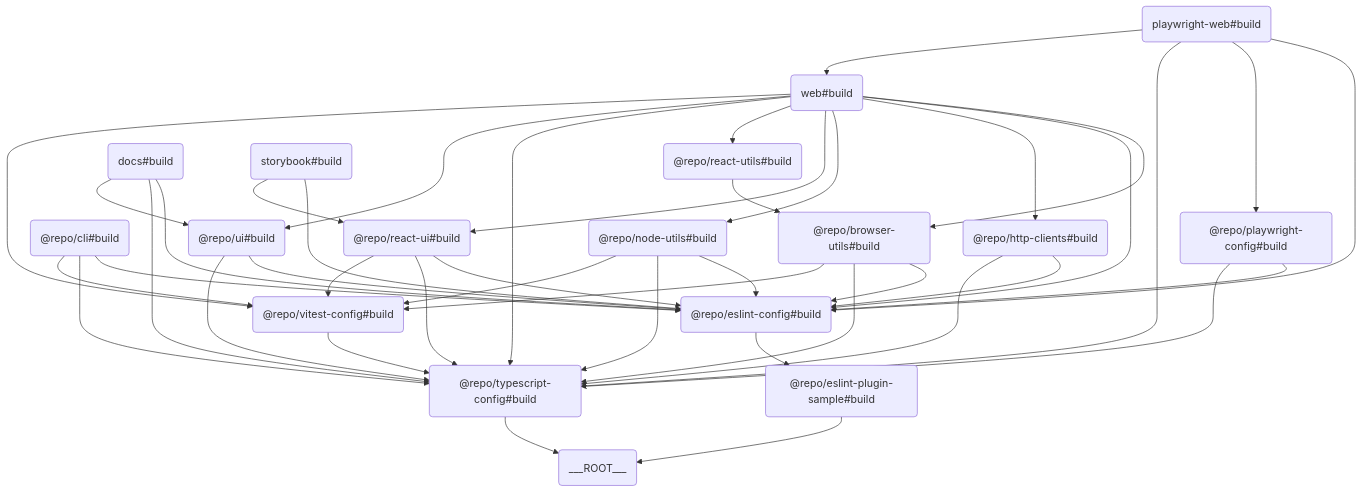
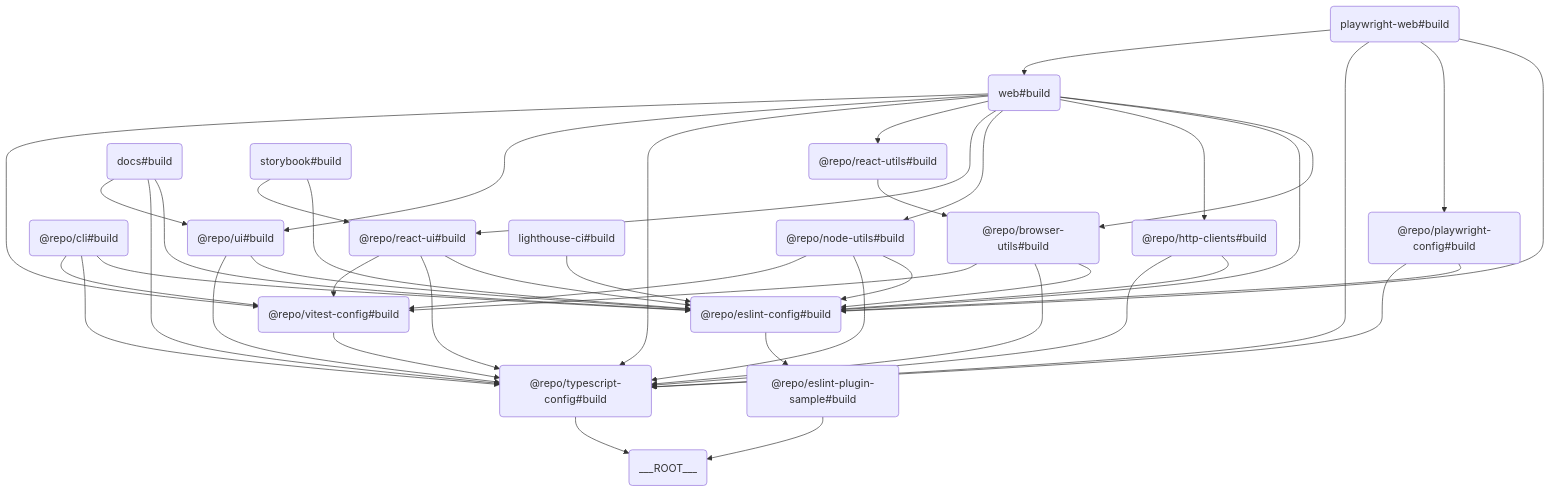
Before and after one commit to iamhoonse-dev/turborepo-template: the diagram in README.md, drawn with Mermaid.

Commit message:
docs(readme): 프로젝트 루트 README 에서 구성 요소 간 관계도 섹션 mermaid 차트 업데이트

````diff
--- a/README.md
+++ b/README.md
@@ -42,44 +42,45 @@
 ```mermaid
 graph TD
-    QHZT("@repo/browser-utils#build") --> ETTT("@repo/eslint-config#build")
-    QHZT("@repo/browser-utils#build") --> JEGP("@repo/typescript-config#build")
-    QHZT("@repo/browser-utils#build") --> EMLE("@repo/vitest-config#build")
-    LRHC("@repo/cli#build") --> ETTT("@repo/eslint-config#build")
-    LRHC("@repo/cli#build") --> JEGP("@repo/typescript-config#build")
-    LRHC("@repo/cli#build") --> EMLE("@repo/vitest-config#build")
-    ETTT("@repo/eslint-config#build") --> GLAO("@repo/eslint-plugin-sample#build")
-    GLAO("@repo/eslint-plugin-sample#build") --> VELR("___ROOT___")
-    TXWC("@repo/http-clients#build") --> ETTT("@repo/eslint-config#build")
-    TXWC("@repo/http-clients#build") --> JEGP("@repo/typescript-config#build")
-    WCIN("@repo/node-utils#build") --> ETTT("@repo/eslint-config#build")
-    WCIN("@repo/node-utils#build") --> JEGP("@repo/typescript-config#build")
-    WCIN("@repo/node-utils#build") --> EMLE("@repo/vitest-config#build")
-    TPBW("@repo/playwright-config#build") --> ETTT("@repo/eslint-config#build")
-    TPBW("@repo/playwright-config#build") --> JEGP("@repo/typescript-config#build")
-    BHWE("@repo/react-ui#build") --> ETTT("@repo/eslint-config#build")
-    BHWE("@repo/react-ui#build") --> JEGP("@repo/typescript-config#build")
-    BHWE("@repo/react-ui#build") --> EMLE("@repo/vitest-config#build")
-    MKNG("@repo/react-utils#build") --> QHZT("@repo/browser-utils#build")
-    JEGP("@repo/typescript-config#build") --> VELR("___ROOT___")
-    IRKD("@repo/ui#build") --> ETTT("@repo/eslint-config#build")
-    IRKD("@repo/ui#build") --> JEGP("@repo/typescript-config#build")
-    EMLE("@repo/vitest-config#build") --> JEGP("@repo/typescript-config#build")
-    UWBQ("docs#build") --> ETTT("@repo/eslint-config#build")
-    UWBQ("docs#build") --> JEGP("@repo/typescript-config#build")
-    UWBQ("docs#build") --> IRKD("@repo/ui#build")
-    FBWM("playwright-web#build") --> ETTT("@repo/eslint-config#build")
-    FBWM("playwright-web#build") --> TPBW("@repo/playwright-config#build")
-    FBWM("playwright-web#build") --> JEGP("@repo/typescript-config#build")
-    FBWM("playwright-web#build") --> NRTE("web#build")
-    GVMR("storybook#build") --> ETTT("@repo/eslint-config#build")
-    GVMR("storybook#build") --> BHWE("@repo/react-ui#build")
-    NRTE("web#build") --> QHZT("@repo/browser-utils#build")
-    NRTE("web#build") --> ETTT("@repo/eslint-config#build")
-    NRTE("web#build") --> TXWC("@repo/http-clients#build")
-    NRTE("web#build") --> WCIN("@repo/node-utils#build")
-    NRTE("web#build") --> BHWE("@repo/react-ui#build")
-    NRTE("web#build") --> MKNG("@repo/react-utils#build")
-    NRTE("web#build") --> JEGP("@repo/typescript-config#build")
-    NRTE("web#build") --> IRKD("@repo/ui#build")
-    NRTE("web#build") --> EMLE("@repo/vitest-config#build")
+  QHZT("@repo/browser-utils#build") --> ETTT("@repo/eslint-config#build")
+  QHZT("@repo/browser-utils#build") --> JEGP("@repo/typescript-config#build")
+  QHZT("@repo/browser-utils#build") --> EMLE("@repo/vitest-config#build")
+  LRHC("@repo/cli#build") --> ETTT("@repo/eslint-config#build")
+  LRHC("@repo/cli#build") --> JEGP("@repo/typescript-config#build")
+  LRHC("@repo/cli#build") --> EMLE("@repo/vitest-config#build")
+  ETTT("@repo/eslint-config#build") --> GLAO("@repo/eslint-plugin-sample#build")
+  GLAO("@repo/eslint-plugin-sample#build") --> VELR("___ROOT___")
+  TXWC("@repo/http-clients#build") --> ETTT("@repo/eslint-config#build")
+  TXWC("@repo/http-clients#build") --> JEGP("@repo/typescript-config#build")
+  WCIN("@repo/node-utils#build") --> ETTT("@repo/eslint-config#build")
+  WCIN("@repo/node-utils#build") --> JEGP("@repo/typescript-config#build")
+  WCIN("@repo/node-utils#build") --> EMLE("@repo/vitest-config#build")
+  TPBW("@repo/playwright-config#build") --> ETTT("@repo/eslint-config#build")
+  TPBW("@repo/playwright-config#build") --> JEGP("@repo/typescript-config#build")
+  BHWE("@repo/react-ui#build") --> ETTT("@repo/eslint-config#build")
+  BHWE("@repo/react-ui#build") --> JEGP("@repo/typescript-config#build")
+  BHWE("@repo/react-ui#build") --> EMLE("@repo/vitest-config#build")
+  MKNG("@repo/react-utils#build") --> QHZT("@repo/browser-utils#build")
+  JEGP("@repo/typescript-config#build") --> VELR("___ROOT___")
+  IRKD("@repo/ui#build") --> ETTT("@repo/eslint-config#build")
+  IRKD("@repo/ui#build") --> JEGP("@repo/typescript-config#build")
+  EMLE("@repo/vitest-config#build") --> JEGP("@repo/typescript-config#build")
+  UWBQ("docs#build") --> ETTT("@repo/eslint-config#build")
+  UWBQ("docs#build") --> JEGP("@repo/typescript-config#build")
+  UWBQ("docs#build") --> IRKD("@repo/ui#build")
+  FBWM("lighthouse-ci#build") --> ETTT("@repo/eslint-config#build")
+  NRTE("playwright-web#build") --> ETTT("@repo/eslint-config#build")
+  NRTE("playwright-web#build") --> TPBW("@repo/playwright-config#build")
+  NRTE("playwright-web#build") --> JEGP("@repo/typescript-config#build")
+  NRTE("playwright-web#build") --> GVMR("web#build")
+  ITTZ("storybook#build") --> ETTT("@repo/eslint-config#build")
+  ITTZ("storybook#build") --> BHWE("@repo/react-ui#build")
+  GVMR("web#build") --> QHZT("@repo/browser-utils#build")
+  GVMR("web#build") --> ETTT("@repo/eslint-config#build")
+  GVMR("web#build") --> TXWC("@repo/http-clients#build")
+  GVMR("web#build") --> WCIN("@repo/node-utils#build")
+  GVMR("web#build") --> BHWE("@repo/react-ui#build")
+  GVMR("web#build") --> MKNG("@repo/react-utils#build")
+  GVMR("web#build") --> JEGP("@repo/typescript-config#build")
+  GVMR("web#build") --> IRKD("@repo/ui#build")
+  GVMR("web#build") --> EMLE("@repo/vitest-config#build")
 ```
````
